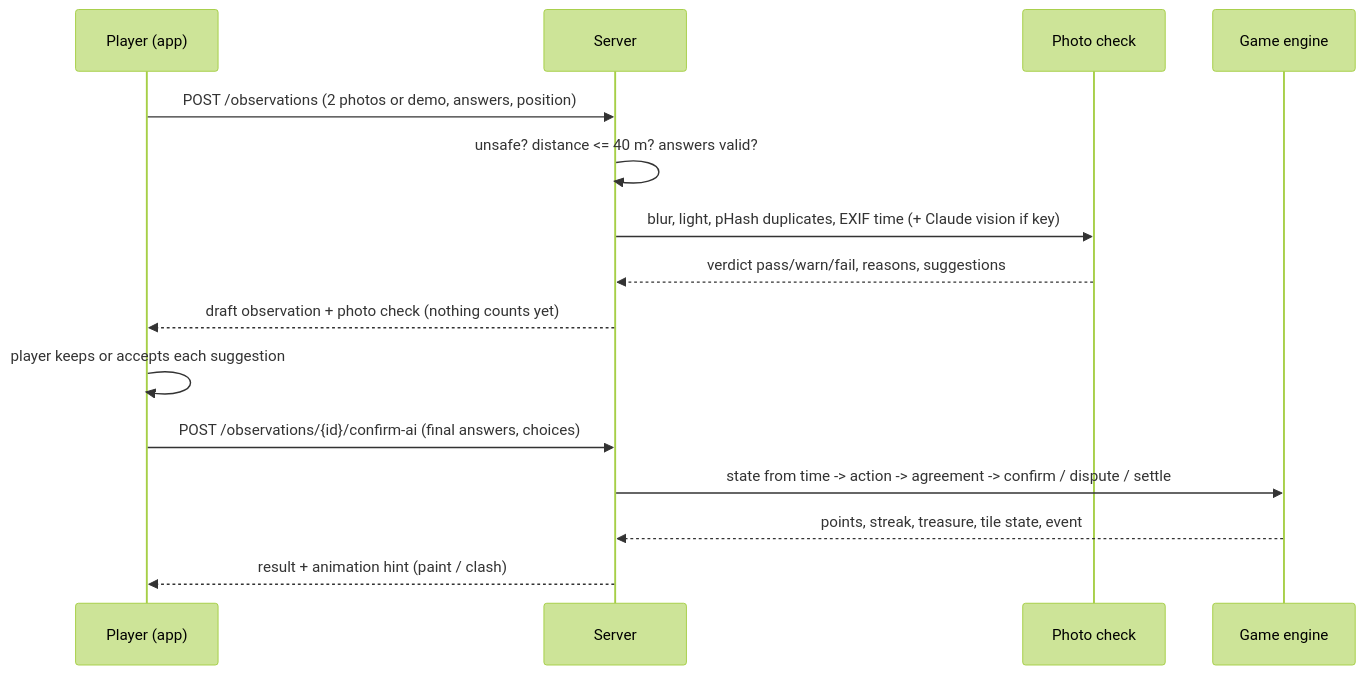
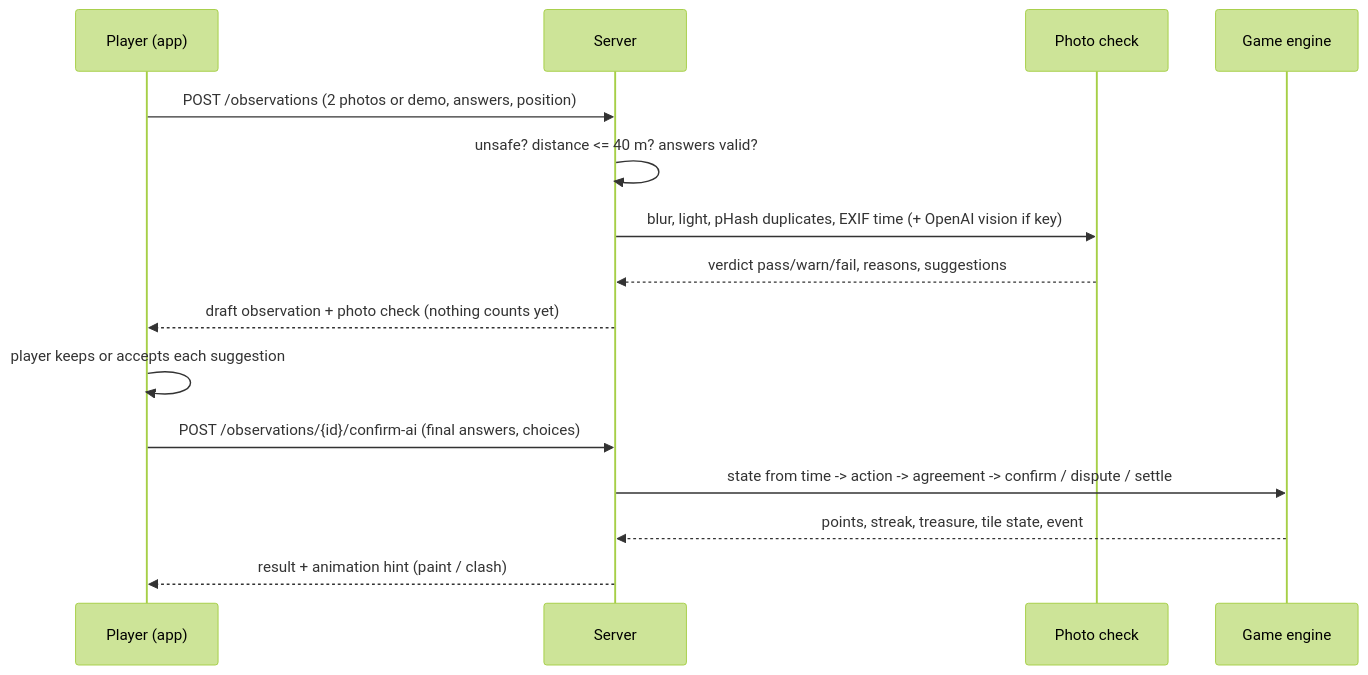
The diagram in docs/architecture.md (Bin4yi/streamrealm), drawn with Mermaid (forest theme) before and after one commit. The commit also changed other lines of this file and 10 other files, not shown here.

````diff
--- a/docs/architecture.md
+++ b/docs/architecture.md
@@ -26,17 +26,17 @@
 ```mermaid
 sequenceDiagram
   participant P as Player (app)
   participant S as Server
   participant A as Photo check
   participant G as Game engine
   P->>S: POST /observations (2 photos or demo, answers, position)
   S->>S: unsafe? distance <= 40 m? answers valid?
-  S->>A: blur, light, pHash duplicates, EXIF time (+ Claude vision if key)
+  S->>A: blur, light, pHash duplicates, EXIF time (+ OpenAI vision if key)
   A-->>S: verdict pass/warn/fail, reasons, suggestions
   S-->>P: draft observation + photo check (nothing counts yet)
   P->>P: player keeps or accepts each suggestion
   P->>S: POST /observations/{id}/confirm-ai (final answers, choices)
   S->>G: state from time -> action -> agreement -> confirm / dispute / settle
   G-->>S: points, streak, treasure, tile state, event
   S-->>P: result + animation hint (paint / clash)
 ```
````
